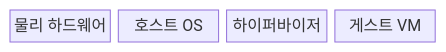
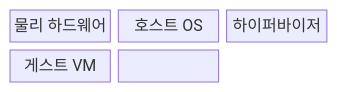
Before and after one commit to agnusdei1207/knowledge-base: the first of 2 diagrams in src/content/docs/notes/02-hardware/087_hypervisor_types.md, drawn with Mermaid. The commit also changed other lines of this file and 86 other files, not shown here.

````diff
--- a/src/content/docs/notes/02-hardware/087_hypervisor_types.md
+++ b/src/content/docs/notes/02-hardware/087_hypervisor_types.md
@@ -62,8 +62,10 @@
 ```mermaid
-block
-  columns 4
+block-beta
+  columns 3
   H["물리 하드웨어"]
   O["호스트 OS"]
   V["하이퍼바이저"]
   G["게스트 VM"]
+  H --- V --- G
+  H --- O --- V
 ```
````
